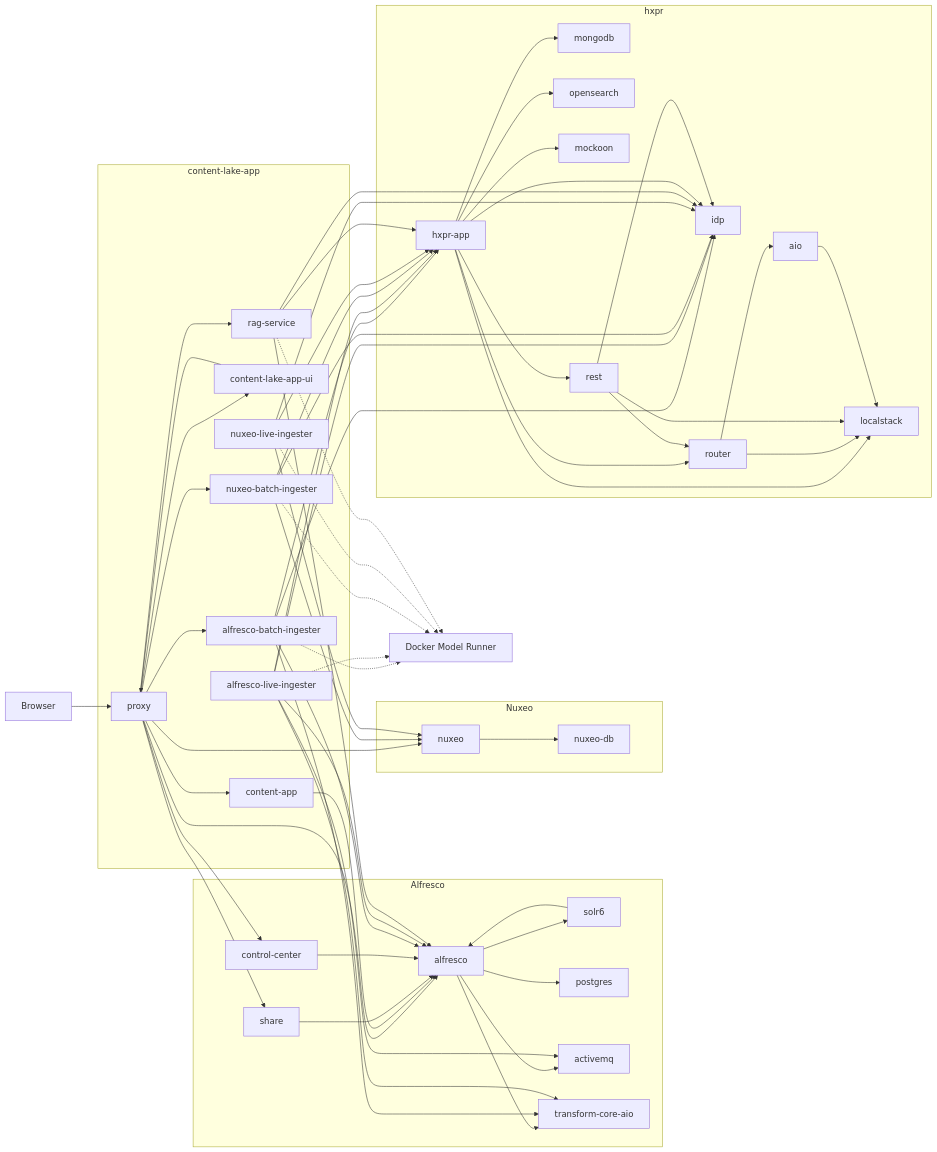
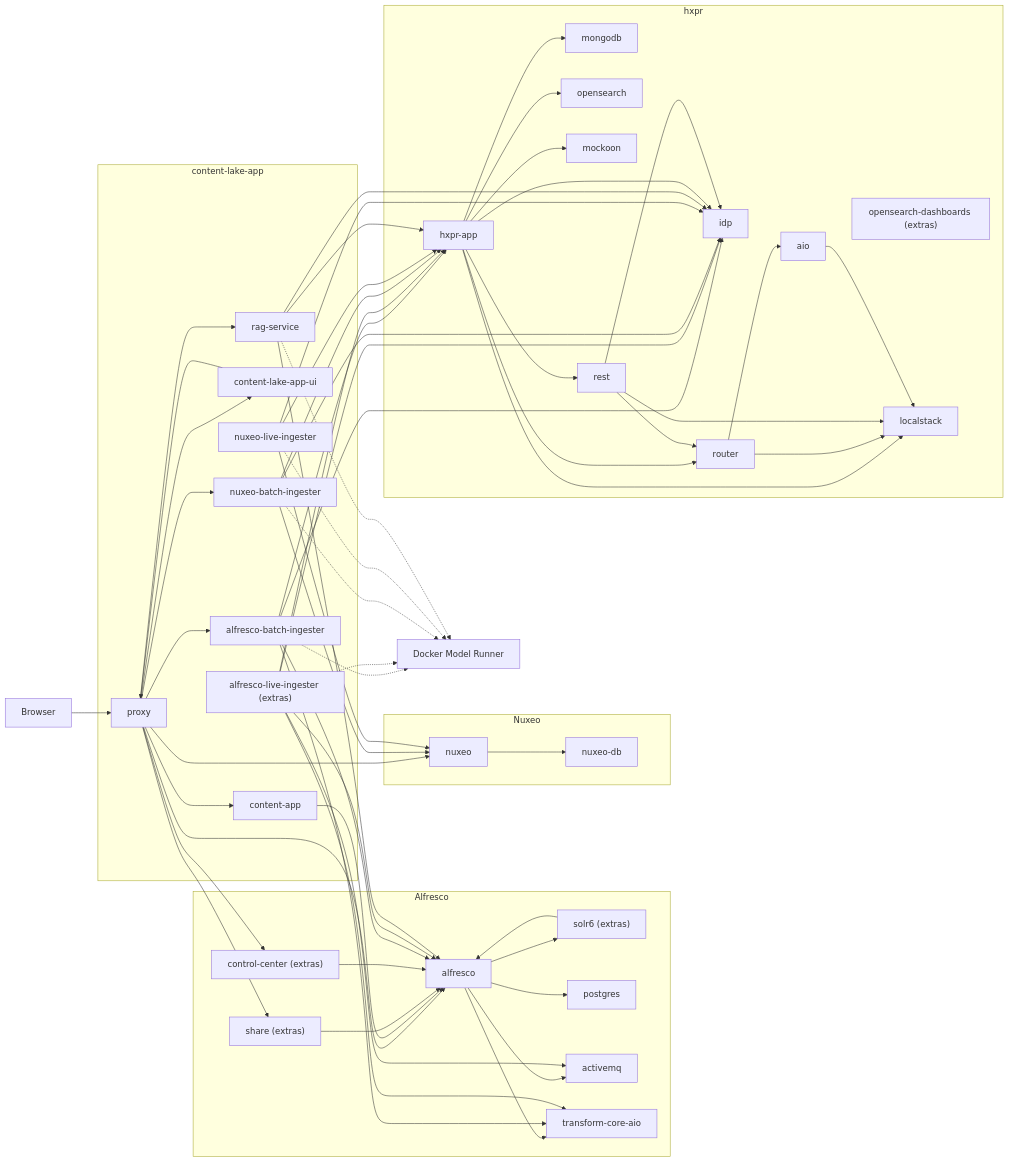
One commit to aborroy/alfresco-content-lake-deployment changed the diagram in README.md. Above: the diagram before and after it, drawn with Mermaid. The commit also changed other lines of this file and 15 other files, not shown here.

```diff
--- a/README.md
+++ b/README.md
@@ -70,7 +90,7 @@
     ContentApp["content-app"]
     DemoUi["content-lake-app-ui"]
     Batch["alfresco-batch-ingester"]
-    Live["alfresco-live-ingester"]
+    Live["alfresco-live-ingester (extras)"]
     NuxeoBatch["nuxeo-batch-ingester"]
     NuxeoLive["nuxeo-live-ingester"]
     Rag["rag-service"]
@@ -78,9 +98,9 @@
 
   subgraph ACS["Alfresco"]
     Alfresco["alfresco"]
-    Share["share"]
-    ControlCenter["control-center"]
-    Solr["solr6"]
+    Share["share (extras)"]
+    ControlCenter["control-center (extras)"]
+    Solr["solr6 (extras)"]
     Postgres["postgres"]
     ActiveMQ["activemq"]
     Transform["transform-core-aio"]
@@ -95,6 +115,7 @@
     HxprApp["hxpr-app"]
     Mongo["mongodb"]
     OpenSearch["opensearch"]
+    OSD["opensearch-dashboards (extras)"]
     Idp["idp"]
     Localstack["localstack"]
     Mockoon["mockoon"]
```
